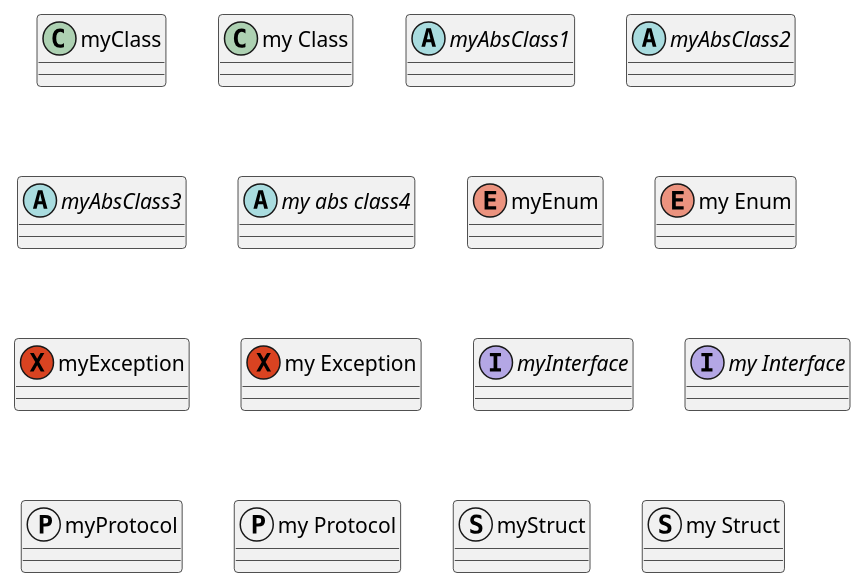
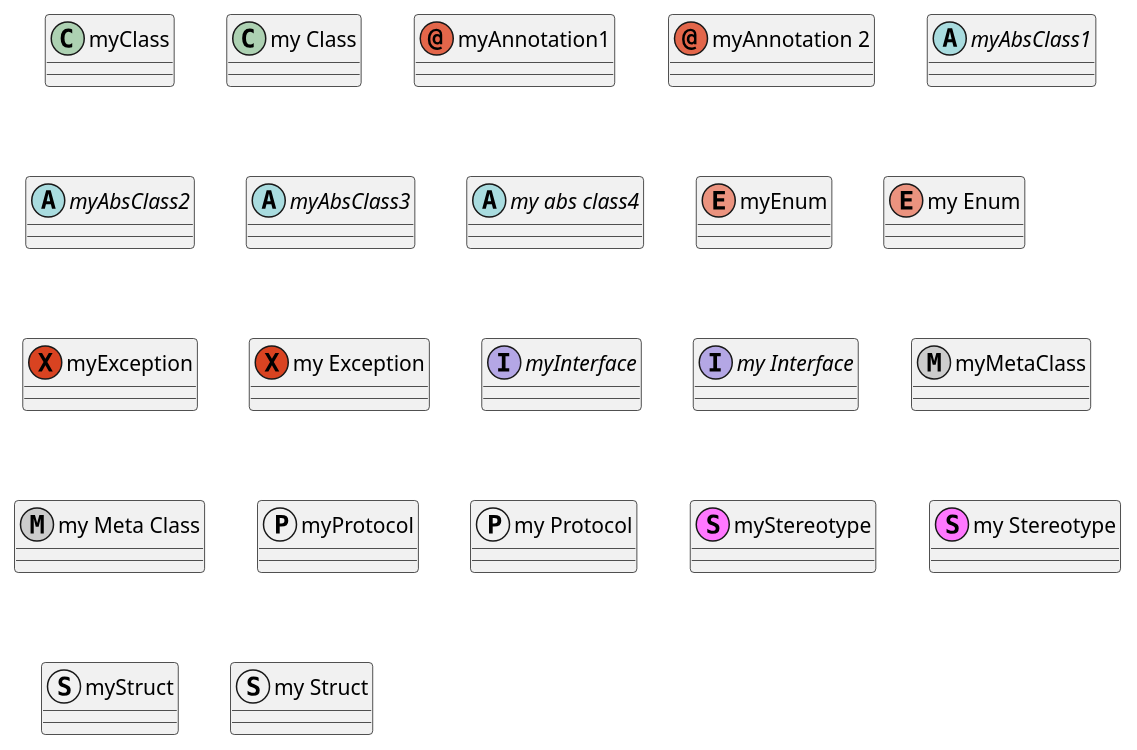
Before and after one commit to Tomas124589/pyplaml: the diagram in examples/01_elements.puml, drawn with PlantUML. The commit also changed 5 other files, not shown here.

Commit message:
Added icons to diagram classes

```diff
--- a/examples/01_elements.puml
+++ b/examples/01_elements.puml
@@ -1,22 +1,24 @@
 @startuml "BasicElements"
 class myClass
 Class "my Class"
+annotation myAnnotation1
+annotation "myAnnotation 2"
 abstract "myAbsClass1"
 abstract myAbsClass2
 abstract class myAbsClass3
 abstract class "my abs class4"
 enum myEnum
 enum "my Enum"
 exception myException
 exception "my Exception"
 interface myInterface
 interface "my Interface"
-' metaclass myMetaClass
-' metaclass "my Meta Class"
+metaclass myMetaClass
+metaclass "my Meta Class"
 protocol myProtocol
 protocol "my Protocol"
-' stereotype myStereotype
-' stereotype "my Stereotype"
+stereotype myStereotype
+stereotype "my Stereotype"
 struct myStruct
 struct "my Struct"
 @enduml
```
